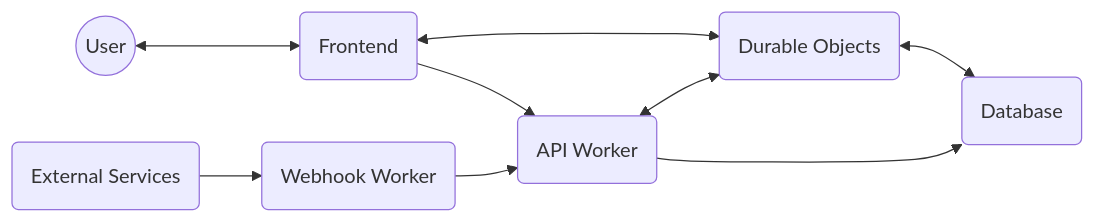
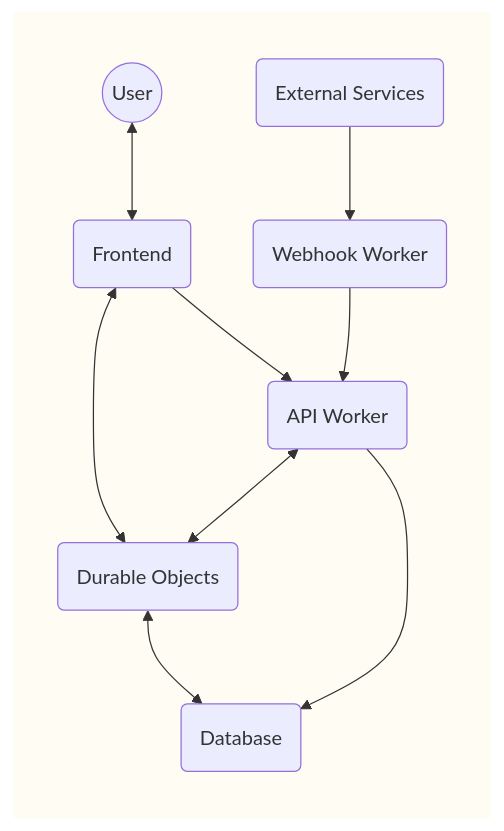
One commit to codevibesmatter/admin-cloudflare changed the first of 12 diagrams in docs/ARCHITECTURE.md. Above: the diagram before and after it, drawn with Mermaid. The commit also changed other lines of this file and 18 other files, not shown here.

````diff
--- a/docs/ARCHITECTURE.md
+++ b/docs/ARCHITECTURE.md
@@ -30,19 +30,22 @@
 ```mermaid
 graph LR
-    User(("User"))
-    Frontend("Frontend")
-    API("API Worker")
-    External("External Services")
-    Webhook("Webhook Worker")
-    DO("Durable Objects")
-    DB("Database")
+    subgraph bg [" "]
+        style bg fill:#fffdf3,stroke:none
+        User(("User"))
+        Frontend("Frontend")
+        API("API Worker")
+        External("External Services")
+        Webhook("Webhook Worker")
+        DO("Durable Objects")
+        DB("Database")
 
-    User <--> Frontend
-    Frontend <--> DO
-    Frontend --> API
-    External --> Webhook
-    API <--> DO
-    API --> DB
-    Webhook --> API
-    DO <--> DB
+        User <--> Frontend
+        Frontend <--> DO
+        Frontend --> API
+        External --> Webhook
+        API <--> DO
+        API --> DB
+        Webhook --> API
+        DO <--> DB
+    end
 ```
````
